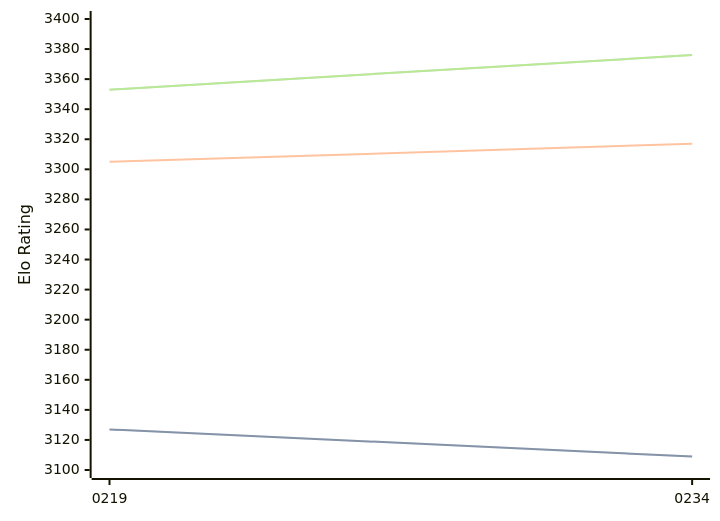
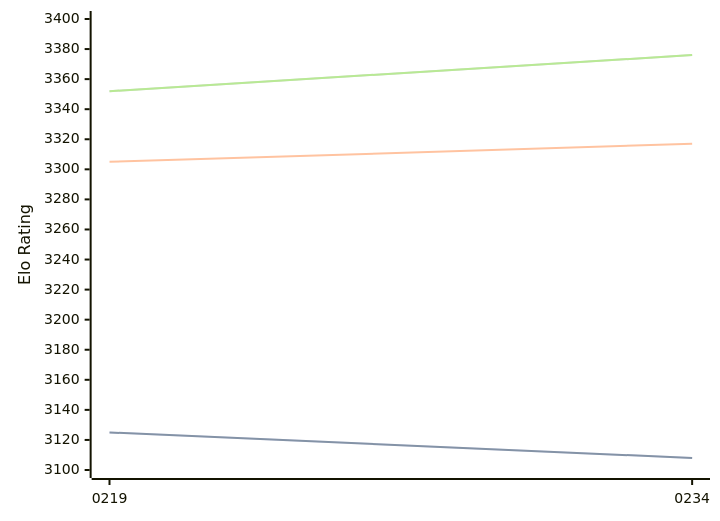
One commit to computer-chess-index/cci changed the diagram in engines/Ynode.md. Above: the diagram before and after it, drawn with Mermaid. The commit also changed other lines of this file, not shown here.

Commit message:
Update CCI Ratings (ELO VLTC) - 2026-06-09

````diff
--- a/engines/Ynode.md
+++ b/engines/Ynode.md
@@ -39,11 +39,11 @@
 ```mermaid
 %%{init: {"theme":"base","themeVariables":{"seriesColors:['#a3a3a3','#222221','#faa371']}}}%%
 xychart-beta
   x-axis ["0219", "0234"]
   y-axis "Elo Rating" 3100 --> 3400
-  line "STC (8.0+0.08s)" [3127, 3109]
-  line "STC (8.0+0.08s)" [3127, 3109]
+  line "STC (8.0+0.08s)" [3125, 3108]
+  line "STC (8.0+0.08s)" [3125, 3108]
   line "LTC (60.0+0.60s)" [3305, 3317]
-  line "VLTC (2m24s+1.12s)" [3353, 3376]
-  line "VLTC (2m24s+1.12s)" [3353, 3376]
+  line "VLTC (2m24s+1.12s)" [3352, 3376]
+  line "VLTC (2m24s+1.12s)" [3352, 3376]
 ```
````
